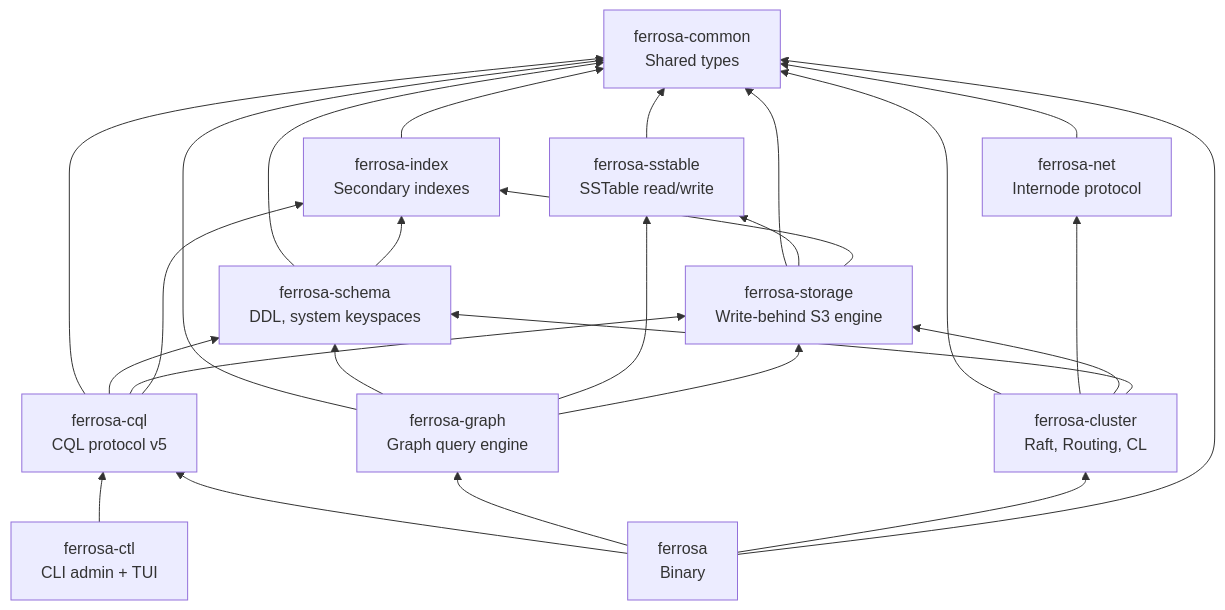
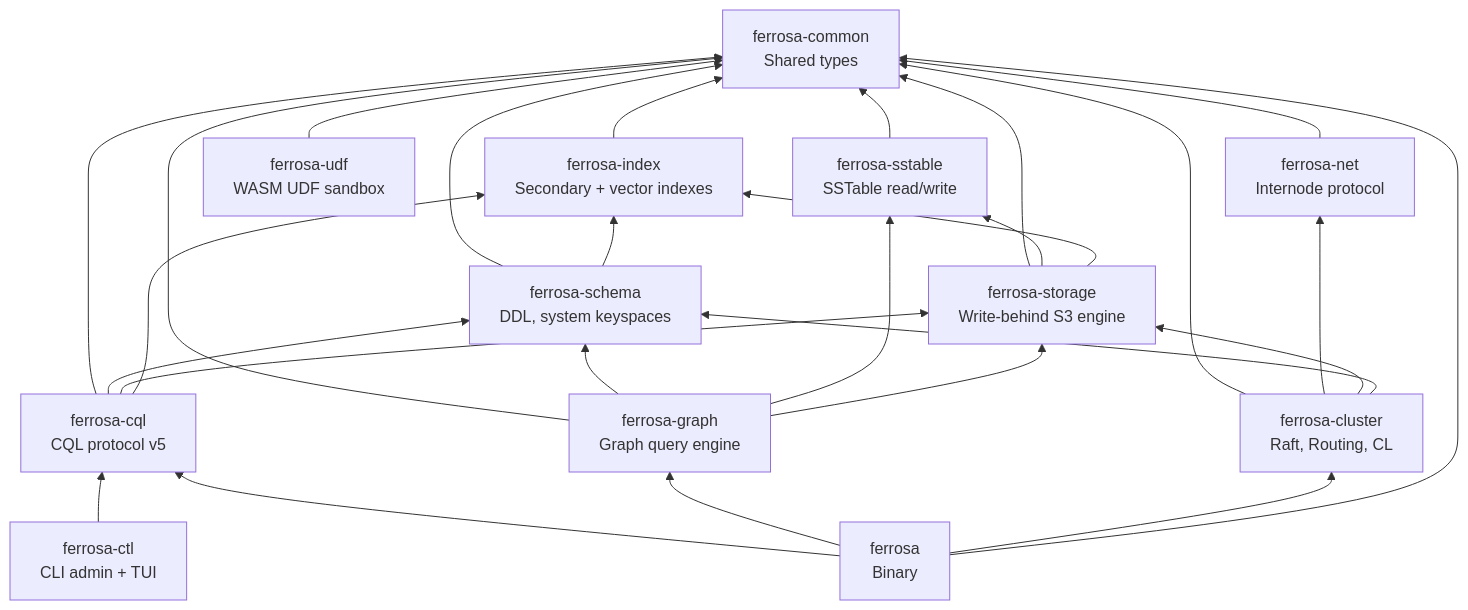
One commit to ferrosadb/ferrosa changed the first of 2 diagrams in specs/components.md. Above: the diagram before and after it, drawn with Mermaid. The commit also changed other lines of this file and 2 other files, not shown here.

First line of the commit message:
docs: update architecture specs for UDT/UDF and index consolidation

````diff
--- a/specs/components.md
+++ b/specs/components.md
@@ -12,40 +12,42 @@
 ```mermaid
 graph BT
     Common[ferrosa-common<br/>Shared types]
     SST[ferrosa-sstable<br/>SSTable read/write]
-    Index[ferrosa-index<br/>Secondary indexes]
+    Index[ferrosa-index<br/>Secondary + vector indexes]
+    UDF[ferrosa-udf<br/>WASM UDF sandbox]
     Net[ferrosa-net<br/>Internode protocol]
     Storage[ferrosa-storage<br/>Write-behind S3 engine]
     Schema[ferrosa-schema<br/>DDL, system keyspaces]
     CQL[ferrosa-cql<br/>CQL protocol v5]
     Graph[ferrosa-graph<br/>Graph query engine]
     Cluster[ferrosa-cluster<br/>Raft, Routing, CL]
     Ctl[ferrosa-ctl<br/>CLI admin + TUI]
     Bin[ferrosa<br/>Binary]
 
     SST --> Common
     Index --> Common
+    UDF --> Common
     Net --> Common
     Storage --> Common
     Storage --> SST
     Storage --> Index
     Schema --> Common
     Schema --> Index
     CQL --> Common
     CQL --> Schema
     CQL --> Storage
     CQL --> Index
     Graph --> Common
     Graph --> Schema
     Graph --> SST
     Graph --> Storage
     Cluster --> Common
     Cluster --> Net
     Cluster --> Storage
     Cluster --> Schema
     Ctl --> CQL
     Bin --> CQL
     Bin --> Graph
     Bin --> Cluster
     Bin --> Common
 ```
````
